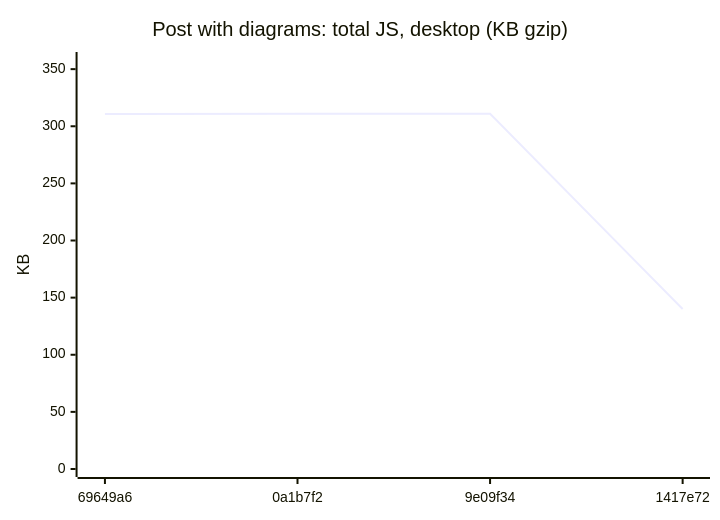
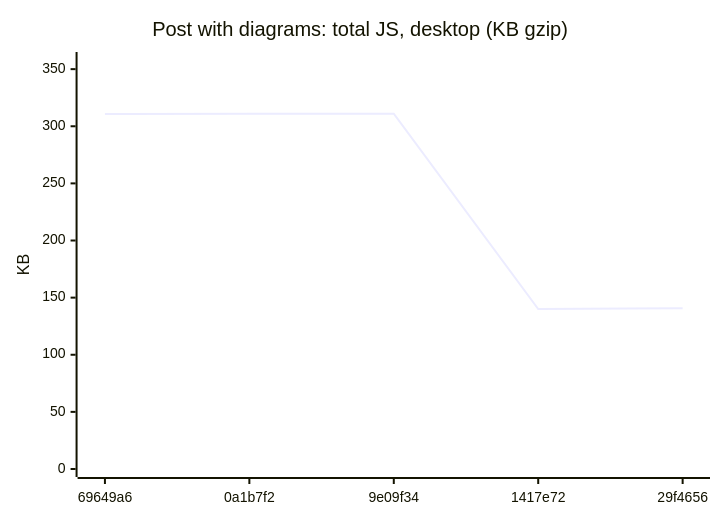
One commit to AxelUser/maltsev.space changed diagram 15 of 18 in README.md. Above: the diagram before and after it, drawn with Mermaid. The commit also changed other lines of this file and 1 other file, not shown here.

````diff
--- a/README.md
+++ b/README.md
@@ -161,7 +161,7 @@
 ```mermaid
 xychart-beta
   title "Post with diagrams: total JS, desktop (KB gzip)"
-  x-axis ["69649a6", "0a1b7f2", "9e09f34", "1417e72"]
+  x-axis ["69649a6", "0a1b7f2", "9e09f34", "1417e72", "29f4656"]
   y-axis "KB" 0 --> 358
-  line [310.7, 311, 311, 140]
+  line [310.7, 311, 311, 140, 140.8]
 ```
````
